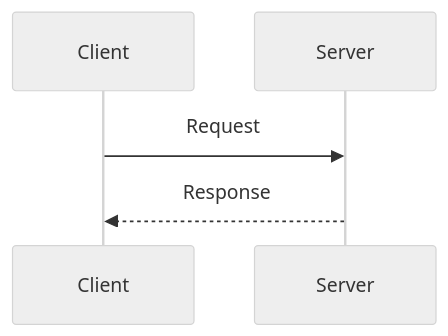
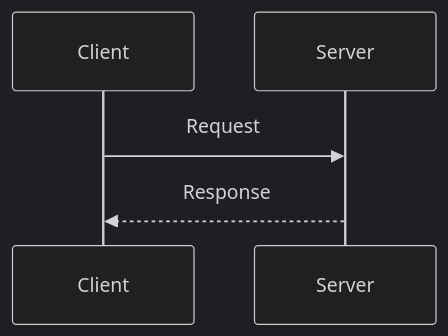
The second of 3 diagrams in docs/authoring/_proofs/mermaid_smoke.md (lukaszj321/otcv8-dev), drawn with Mermaid before and after one commit. The commit also changed other lines of this file and 72 other files, not shown here.

First line of the commit message:
Fix Mermaid diagram syntax - remove braces and standardize theme to dark

````diff
--- a/docs/authoring/_proofs/mermaid_smoke.md
+++ b/docs/authoring/_proofs/mermaid_smoke.md
@@ -16,8 +16,8 @@
-```{mermaid}
-%%{init: {'theme':'neutral'}}%%
+```mermaid
+%%{init: {'theme': 'dark'}}%%
 sequenceDiagram
     participant Client
     participant Server
     Client->>Server: Request
     Server-->>Client: Response
 ```
````
